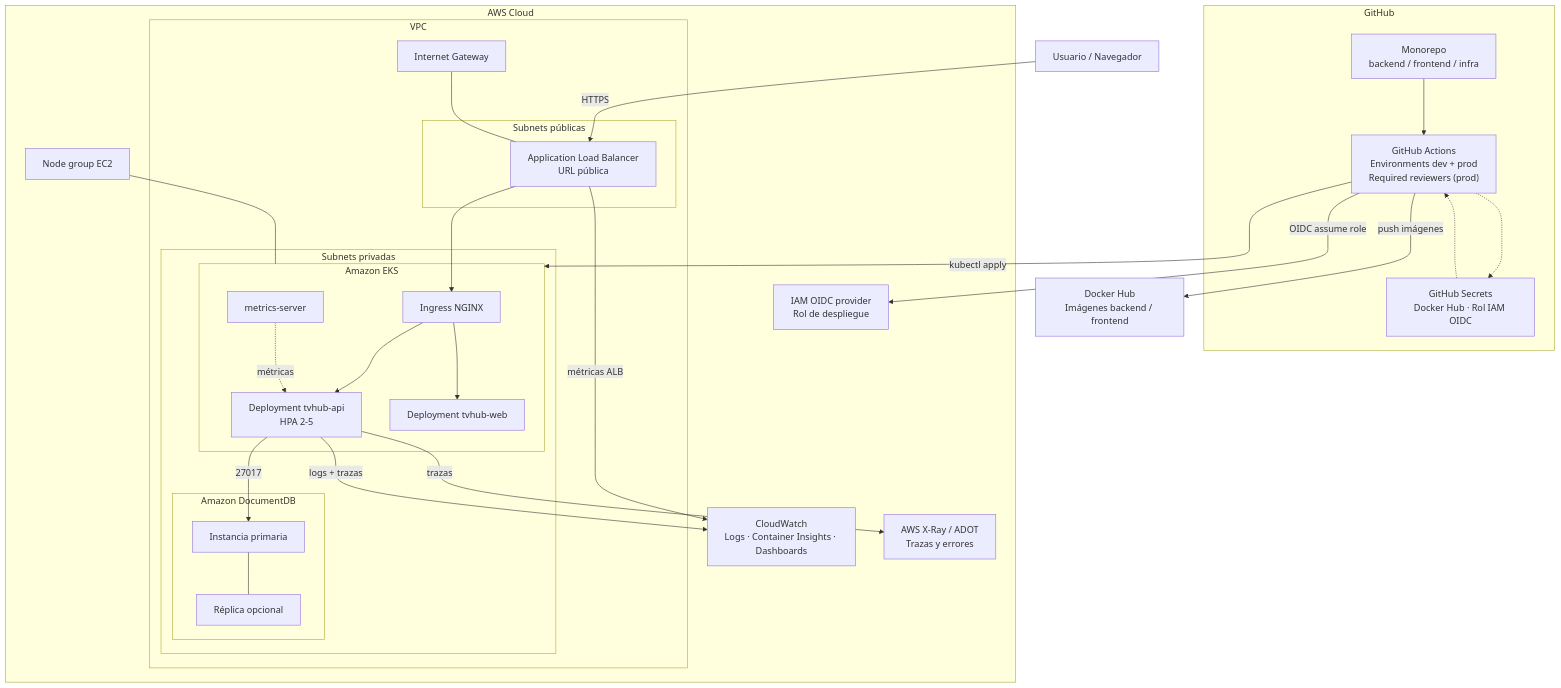
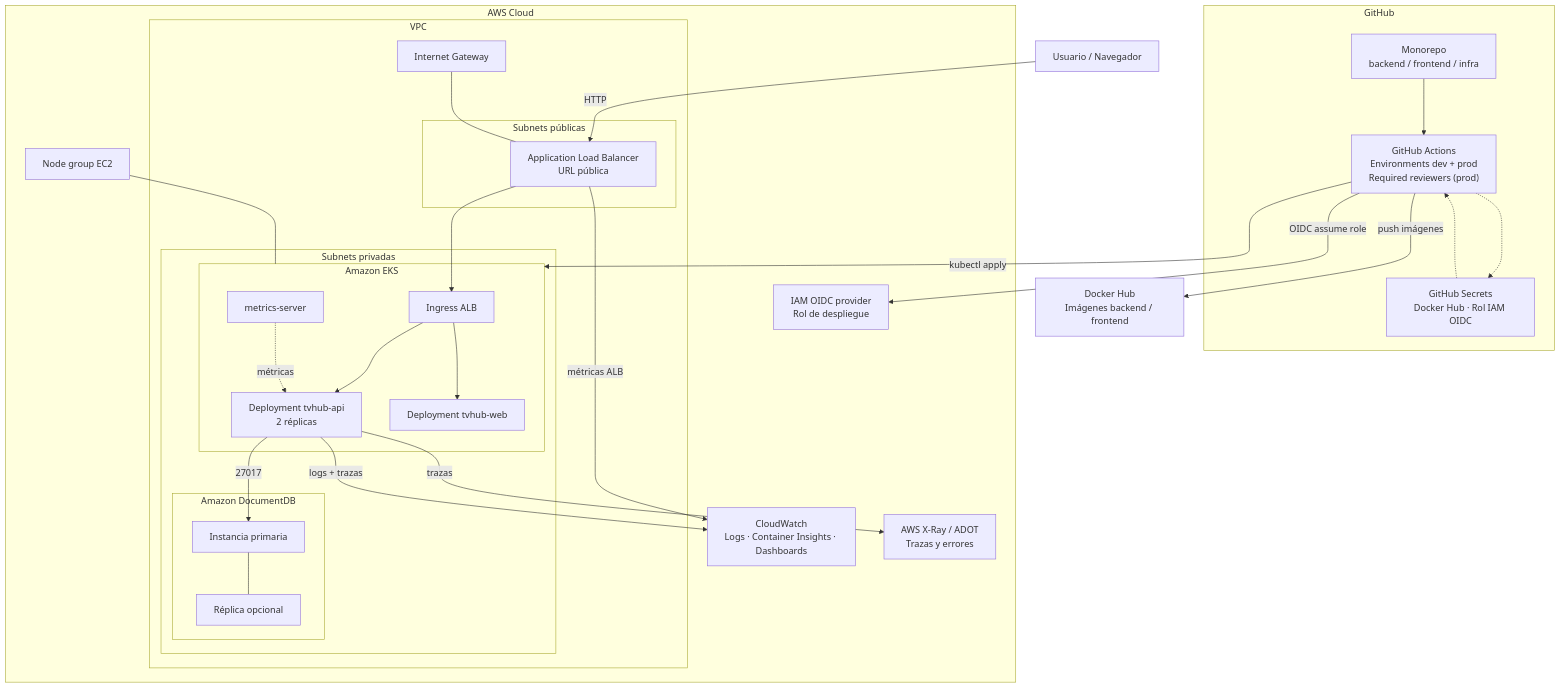
The diagram in docs/wiki/04-infraestructura.md (urielpinag/idc_proyecto), drawn with Mermaid before and after one commit. The commit also changed other lines of this file and 2 other files, not shown here.

Commit message:
docs: alinear Wiki con arquitectura desplegada (ALB HTTP, sin HPA, codigo en main)

````diff
--- a/docs/wiki/04-infraestructura.md
+++ b/docs/wiki/04-infraestructura.md
@@ -61,56 +61,56 @@
 ```mermaid
 flowchart TB
     user["Usuario / Navegador"]
 
     subgraph github["GitHub"]
         repo["Monorepo<br/>backend / frontend / infra"]
         actions["GitHub Actions<br/>Environments dev + prod<br/>Required reviewers (prod)"]
         secrets["GitHub Secrets<br/>Docker Hub · Rol IAM OIDC"]
     end
 
     subgraph aws["AWS Cloud"]
         subgraph vpc["VPC"]
             igw["Internet Gateway"]
             subgraph pub["Subnets públicas"]
                 alb["Application Load Balancer<br/>URL pública"]
             end
             subgraph priv["Subnets privadas"]
                 subgraph eks["Amazon EKS"]
-                    ingress["Ingress NGINX"]
-                    api["Deployment tvhub-api<br/>HPA 2-5"]
+                    ingress["Ingress ALB"]
+                    api["Deployment tvhub-api<br/>2 réplicas"]
                     web["Deployment tvhub-web"]
                     mserver["metrics-server"]
                 end
                 subgraph ddb["Amazon DocumentDB"]
                     primary["Instancia primaria"]
                     replica["Réplica opcional"]
                 end
             end
         end
         ec2["Node group EC2"]
         cloudwatch["CloudWatch<br/>Logs · Container Insights · Dashboards"]
         xray["AWS X-Ray / ADOT<br/>Trazas y errores"]
         iam["IAM OIDC provider<br/>Rol de despliegue"]
     end
 
     dockerhub["Docker Hub<br/>Imágenes backend / frontend"]
 
-    user -->|HTTPS| alb
+    user -->|HTTP| alb
     alb --> ingress
     ingress --> web
     ingress --> api
     api -->|27017| primary
     primary --- replica
     mserver -.->|métricas| api
     ec2 --- eks
     igw --- alb
     repo --> actions
     actions -->|push imágenes| dockerhub
     actions -->|kubectl apply| eks
     actions -.-> secrets
     secrets -.-> actions
     actions -->|OIDC assume role| iam
     api -->|logs + trazas| cloudwatch
     api -->|trazas| xray
     alb -->|métricas ALB| cloudwatch
 ```
````
